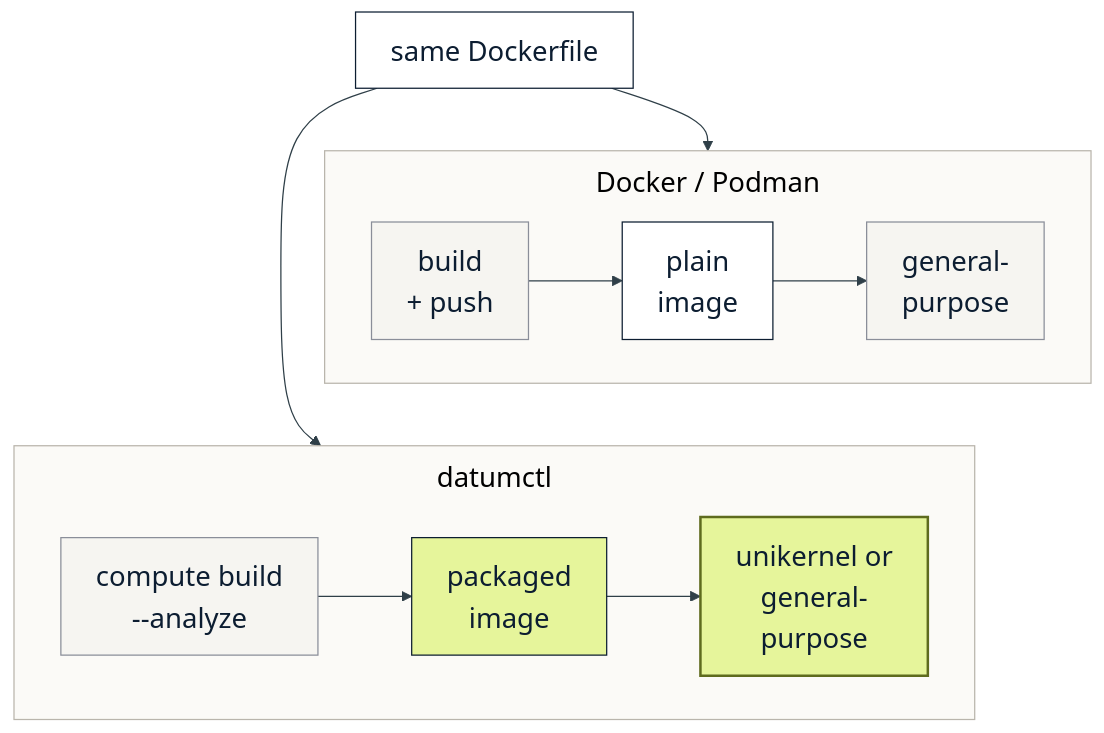
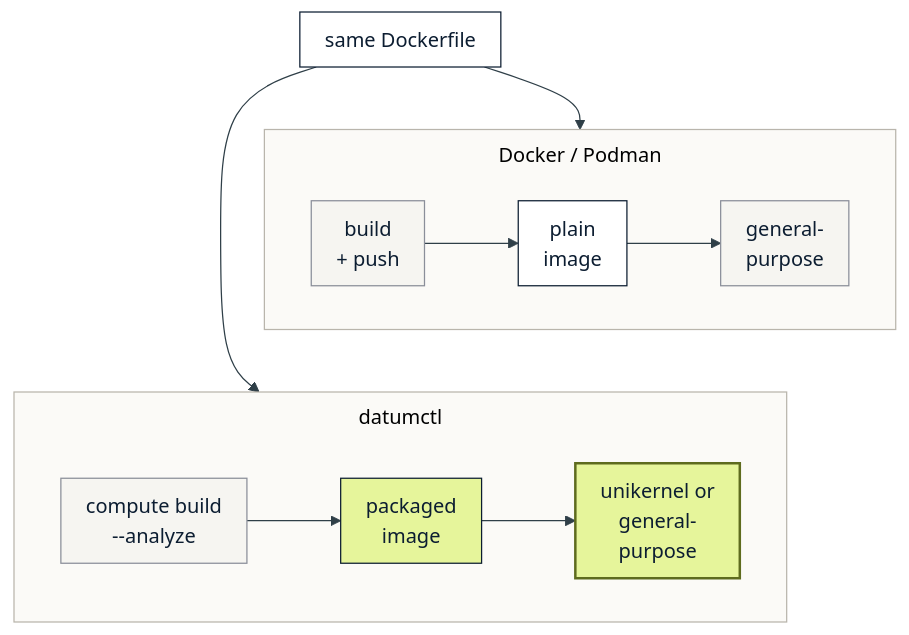
One commit to datum-labs/shorts changed the diagram in assets/datumctl-docker-podman/03-build-push.md. Above: the diagram before and after it, drawn with Mermaid. The commit also changed 12 other files, not shown here.

First line of the commit message:
shorts(compute): use regions instead of city names, shrink diagrams

````diff
--- a/assets/datumctl-docker-podman/03-build-push.md
+++ b/assets/datumctl-docker-podman/03-build-push.md
@@ -5,55 +5,55 @@
 ```mermaid
 ---
 config:
   theme: base
   flowchart:
-    wrappingWidth: 420
-    padding: 14
+    wrappingWidth: 300
+    padding: 10
     subGraphTitleMargin:
       top: 8
       bottom: 14
   themeVariables:
     fontFamily: "DejaVu Sans, Verdana, sans-serif"
-    fontSize: "22px"
+    fontSize: "16px"
     primaryColor: "#F6F5F1"
     primaryTextColor: "#0C1D31"
     primaryBorderColor: "#0C1D31"
     lineColor: "#2F3F48"
     clusterBkg: "#FBFAF7"
     clusterBorder: "#B9B5AC"
     labelBackground: "#F6F5F1"
     edgeLabelBackground: "#F6F5F1"
     mainBkg: "#F6F5F1"
 ---
 flowchart TB
   df["same Dockerfile"]
   subgraph A["Docker / Podman"]
     direction LR
     a1["build<br/>+ push"]:::cream
     a2["plain<br/>image"]
     a3["general-<br/>purpose"]:::cream
     a1 --> a2 --> a3
   end
   subgraph B["datumctl"]
     direction LR
     b1["compute build<br/>--analyze"]:::cream
     b2["packaged<br/>image"]
     b3["unikernel or<br/>general-<br/>purpose"]:::good
     b1 --> b2 --> b3
   end
   df --> A
   df --> B
   A ~~~ B
   class df,a2 iwhite
   class b2 ilime
   classDef navy fill:#0C1D31,stroke:#0C1D31,color:#F6F5F1
   classDef pink fill:#EBCFD2,stroke:#B5605E,color:#0C1D31
   classDef lime fill:#E6F59B,stroke:#7C8A2E,color:#0C1D31
   classDef cream fill:#F6F5F1,stroke:#8A8E99,color:#0C1D31
   classDef bad fill:#F7D4D2,stroke:#B5605E,color:#7A1F1A,stroke-width:2px
   classDef good fill:#E6F59B,stroke:#5E6B1E,color:#0C1D31,stroke-width:2px
   classDef inavy fill:#0C1D31,stroke:#E6F59B,color:#0C1D31
   classDef ipink fill:#EBCFD2,stroke:#B5605E,color:#0C1D31
   classDef ilime fill:#E6F59B,stroke:#0C1D31,color:#0C1D31
   classDef iwhite fill:#FFFFFF,stroke:#0C1D31,color:#0C1D31
 ```
````
